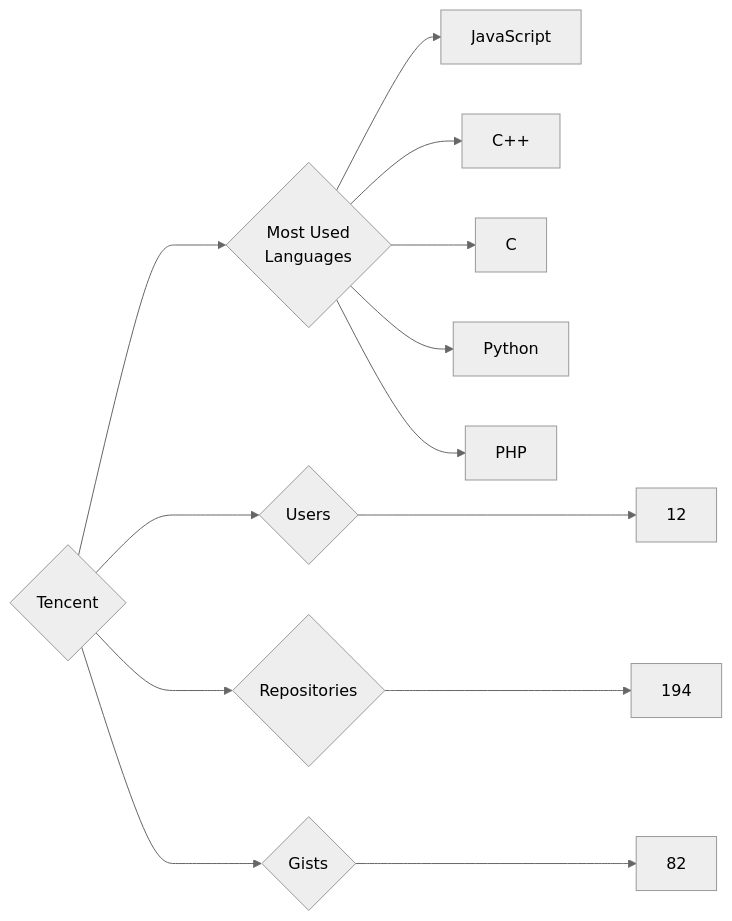
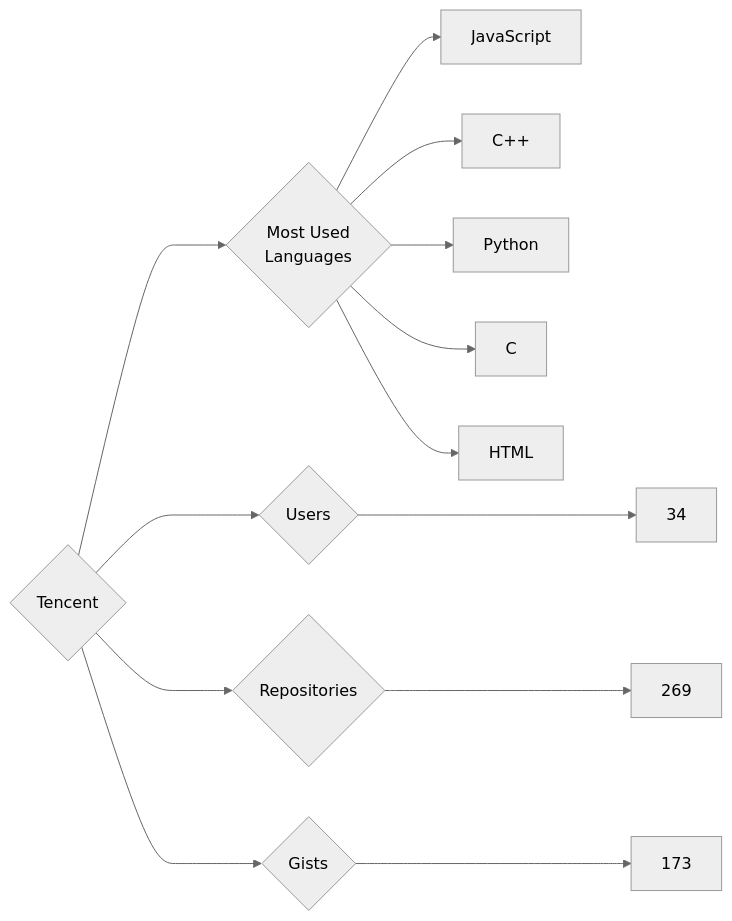
One commit to trickest/insiders changed the diagram in targets/Tencent/README.md. Above: the diagram before and after it, drawn with Mermaid (neutral theme). The commit also changed 953 other files, not shown here.

````diff
--- a/targets/Tencent/README.md
+++ b/targets/Tencent/README.md
@@ -3,13 +3,13 @@
 ```mermaid
 graph LR
 COMPANY_NAME{Tencent}
-COMPANY_NAME ---> U{Users} ---> UN[12]
-COMPANY_NAME ---> R{Repositories} ---> RN[194]
-COMPANY_NAME ---> G{Gists} ---> GN[82]
+COMPANY_NAME ---> U{Users} ---> UN[34]
+COMPANY_NAME ---> R{Repositories} ---> RN[269]
+COMPANY_NAME ---> G{Gists} ---> GN[173]
 COMPANY_NAME ---> ML{Most Used<br>Languages}
 ML --> JavaScript[JavaScript]
 ML --> C++[C++]
+ML --> Python[Python]
 ML --> C[C]
-ML --> Python[Python]
-ML --> PHP[PHP]
+ML --> HTML[HTML]
 ```
````
